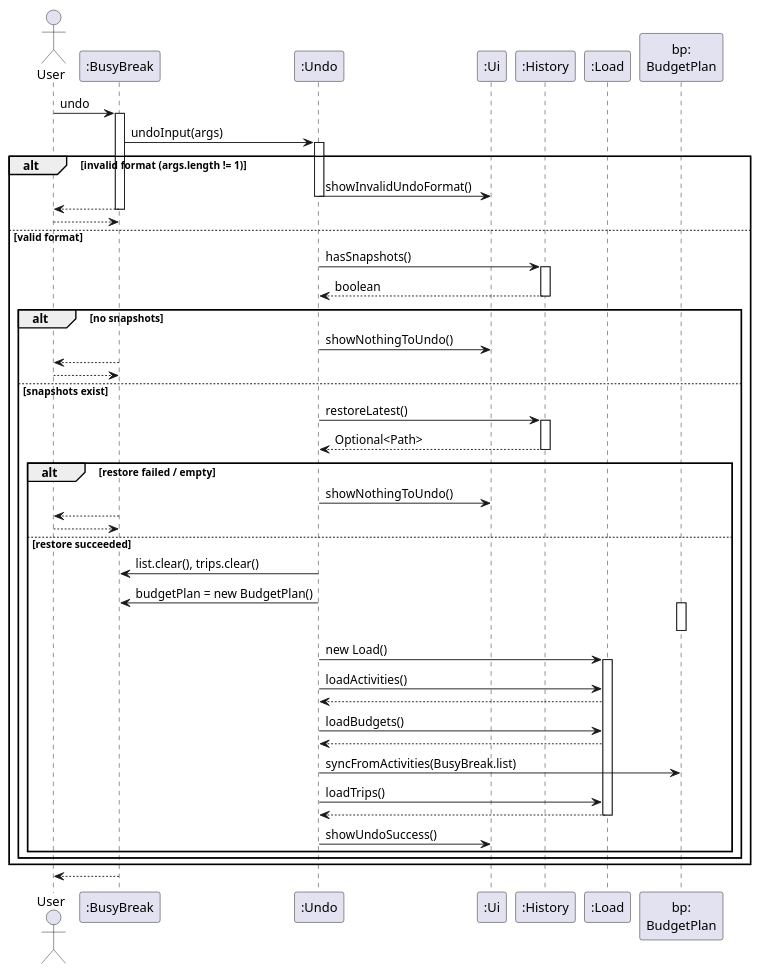
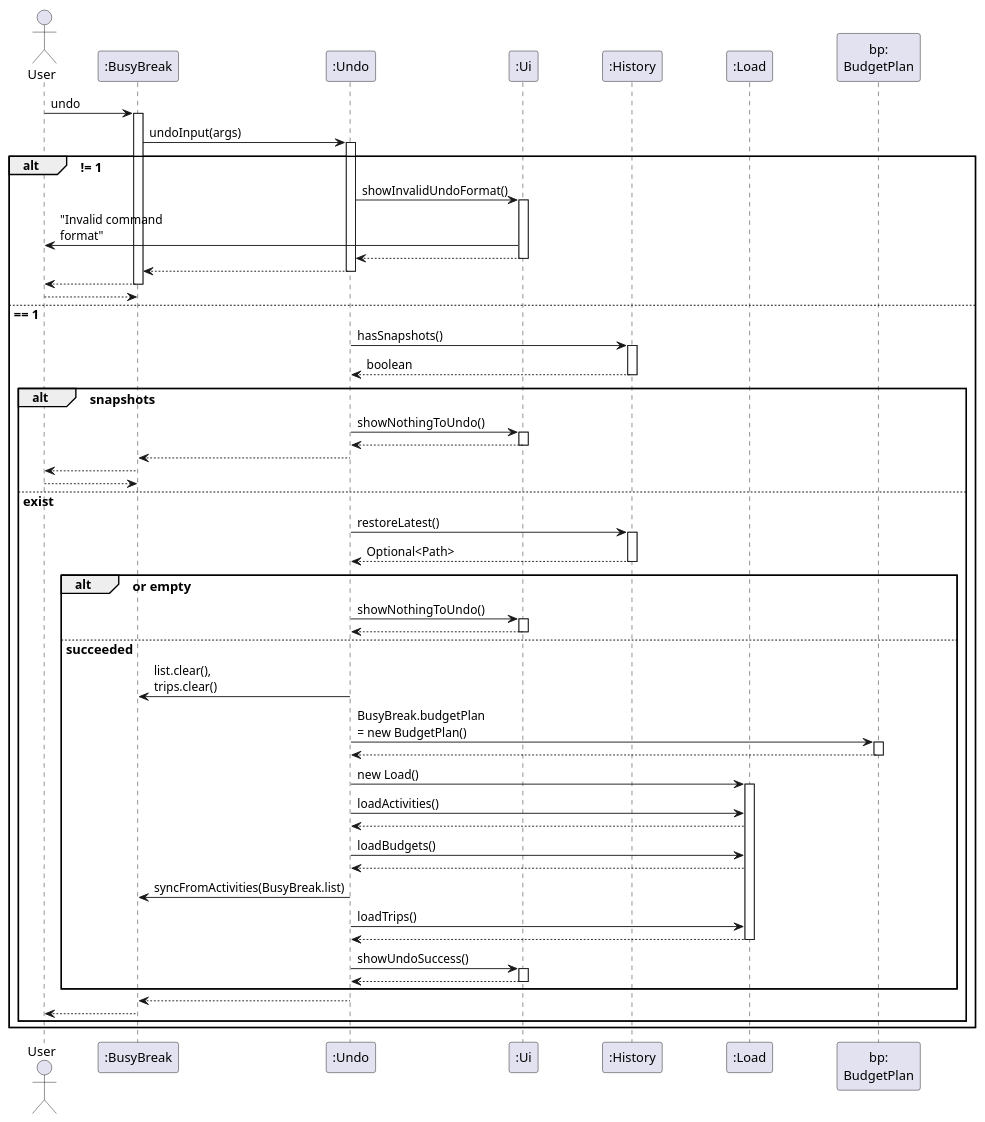
The diagram in docs/diagrams/UndoCommandSequenceDiagram.puml (AY2526S1-CS2113-W13-4/tp), drawn with PlantUML before and after one commit. The commit also changed other lines of this file and 10 other files, not shown here.

```diff
--- a/docs/diagrams/UndoCommandSequenceDiagram.puml
+++ b/docs/diagrams/UndoCommandSequenceDiagram.puml
@@ -1,70 +1,94 @@
 @startuml UndoCommandSequenceDiagram
+skinparam hyperlinkColor Black
+skinparam hyperlinkUnderline false
+skinparam maxMessageSize 120
+skinparam GroupPadding 14
+skinparam SequenceGroupFontSize 14
+skinparam ParticipantPadding 30
 
 actor User
-participant ":BusyBreak" as BusyBreak
+participant ":BusyBreak" as BB
 participant ":Undo" as Undo
 participant ":Ui" as Ui
 participant ":History" as History
 participant ":Load" as Load
-participant "bp:\nBudgetPlan" as BudgetPlan
+participant "bp:\nBudgetPlan" as BP
 
-User -> BusyBreak: undo
-activate BusyBreak
+User -> BB: undo
+activate BB
 
-BusyBreak -> Undo: undoInput(args)
+BB -> Undo: undoInput(args)
 activate Undo
 
-alt invalid format (args.length != 1)
-    Undo -> Ui: showInvalidUndoFormat()
+alt [args.length != 1]
+  Undo -> Ui: showInvalidUndoFormat()
+  activate Ui
+  Ui -> User: "Invalid command format"
+  Ui --> Undo
+  deactivate Ui
+
+  Undo --> BB
+  deactivate Undo
+  BB --> User
+  deactivate BB
+  return
+
+else [args.length == 1]
+  Undo -> History: hasSnapshots()
+  activate History
+  History --> Undo: boolean
+  deactivate History
+
+  alt [no snapshots]
+    Undo -> Ui: showNothingToUndo()
+    activate Ui
+    Ui --> Undo
+    deactivate Ui
+
+    Undo --> BB
     deactivate Undo
-    BusyBreak --> User
-    deactivate BusyBreak
+    BB --> User
+    deactivate BB
     return
-else valid format
-    Undo -> History: hasSnapshots()
+
+  else [snapshots exist]
+    Undo -> History: restoreLatest()
     activate History
-    History --> Undo: boolean
+    History --> Undo: Optional<Path>
     deactivate History
 
-    alt no snapshots
-        Undo -> Ui: showNothingToUndo()
-        deactivate Undo
-        BusyBreak --> User
-        deactivate BusyBreak
-        return
-    else snapshots exist
-        Undo -> History: restoreLatest()
-        activate History
-        History --> Undo: Optional<Path>
-        deactivate History
+    alt [failed or empty]
+      Undo -> Ui: showNothingToUndo()
+      activate Ui
+      Ui --> Undo
+      deactivate Ui
 
-        alt restore failed / empty
-            Undo -> Ui: showNothingToUndo()
-            deactivate Undo
-            BusyBreak --> User
-            deactivate BusyBreak
-            return
-        else restore succeeded
-            Undo -> BusyBreak: list.clear(), trips.clear()
-            Undo -> BusyBreak: budgetPlan = new BudgetPlan()
-            activate BudgetPlan
-            deactivate BudgetPlan
+    else [succeeded]
+      Undo -> BB: list.clear(), trips.clear()
 
-            Undo -> Load ++: new Load()
-            Undo -> Load: loadActivities()
-            Load --> Undo
-            Undo -> Load: loadBudgets()
-            Load --> Undo
-            Undo -> BudgetPlan: syncFromActivities(BusyBreak.list)
-            Undo -> Load: loadTrips()
-            Load --> Undo --
-            Undo -> Ui: showUndoSuccess()
-        end
+      Undo -> BP ++: BusyBreak.budgetPlan = new BudgetPlan()
+      BP --> Undo
+      deactivate BP
+
+      Undo -> Load ++: new Load()
+      Undo -> Load: loadActivities()
+      Load --> Undo
+      Undo -> Load: loadBudgets()
+      Load --> Undo
+      Undo -> BB: syncFromActivities(BusyBreak.list)
+      Undo -> Load: loadTrips()
+      Load --> Undo
+      deactivate Load
+
+      Undo -> Ui ++: showUndoSuccess()
+      Ui --> Undo
+      deactivate Ui
     end
+
+    Undo --> BB
+    deactivate Undo
+    BB --> User
+    deactivate BB
+  end
 end
-
-deactivate Undo
-BusyBreak --> User
-deactivate BusyBreak
-
 @enduml
```
